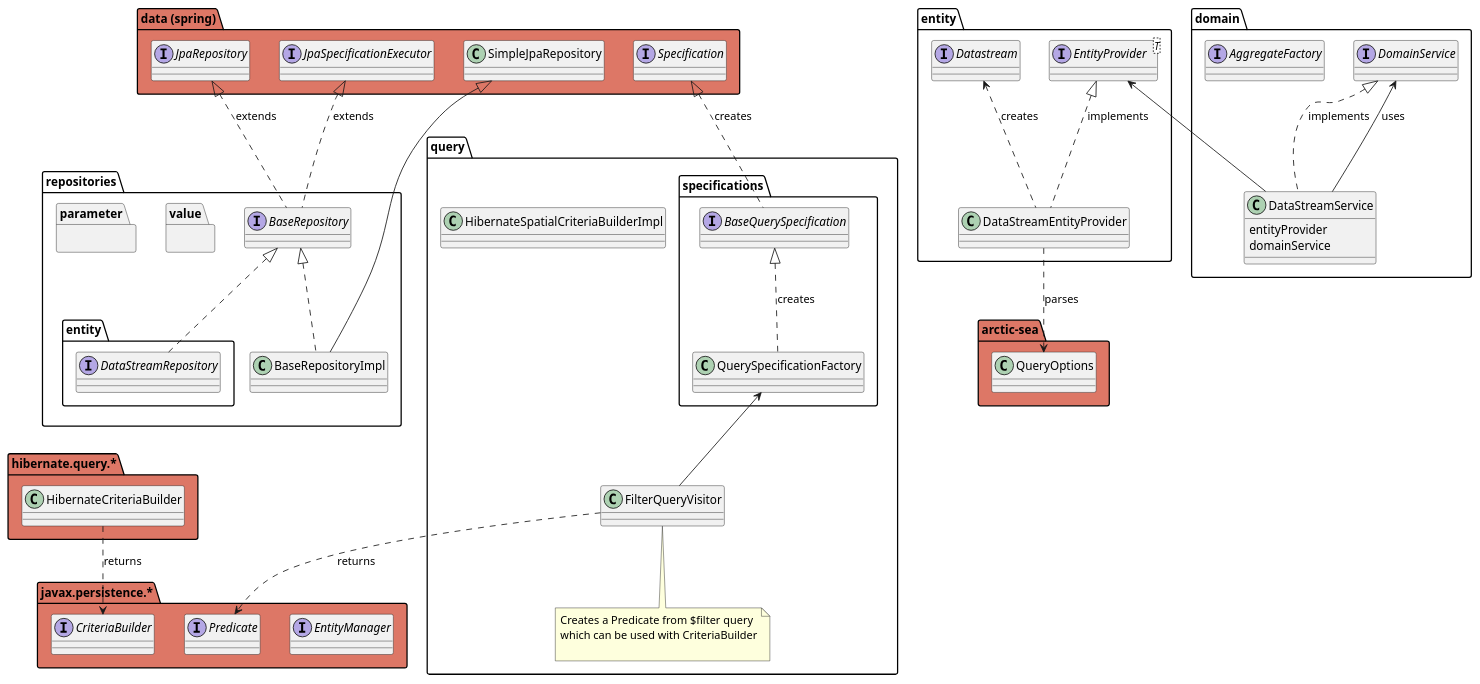
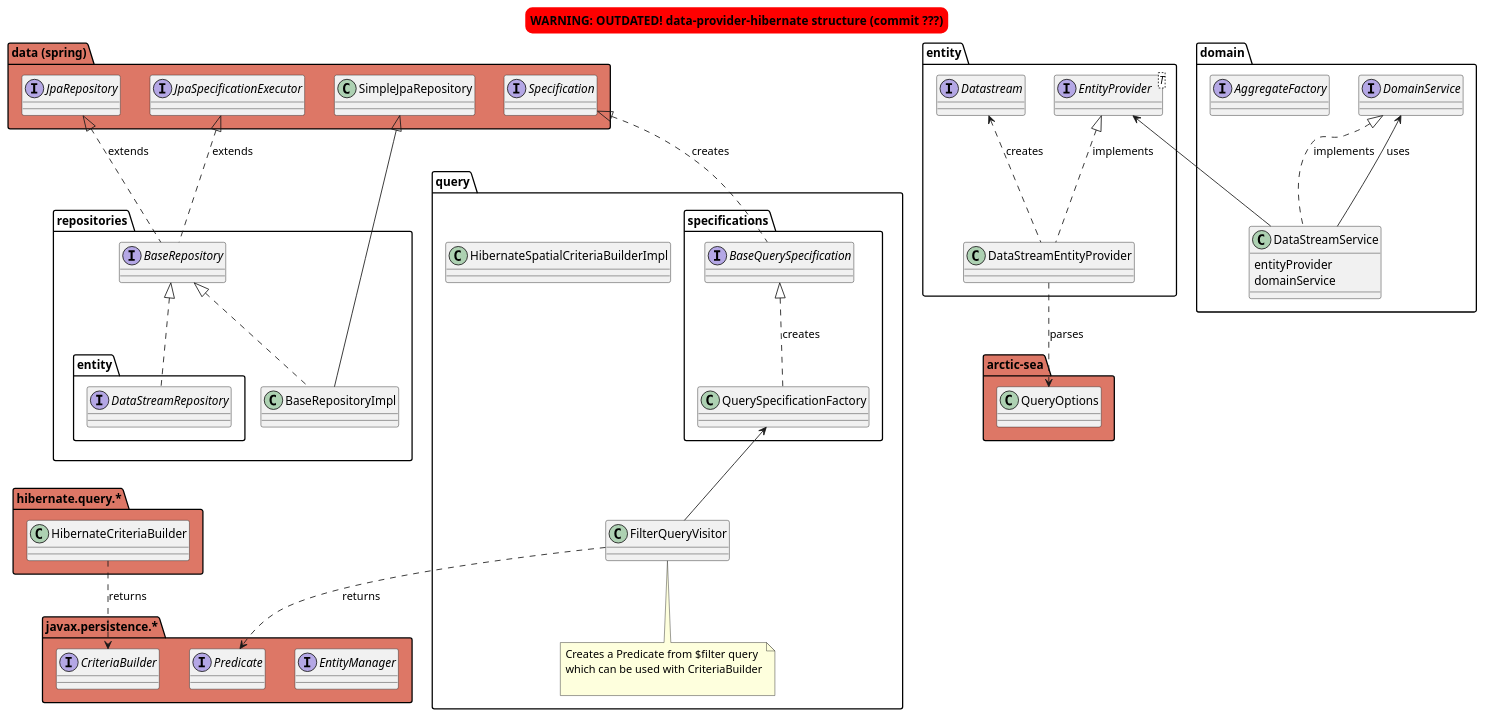
The diagram in docs/diagrams/dao-packages.puml (52North/sensorweb-server-sta), drawn with PlantUML before and after one commit. The commit also changed 4 other files, not shown here.

Commit message:
[docs] update puml diagrams

```diff
--- a/docs/diagrams/dao-packages.puml
+++ b/docs/diagrams/dao-packages.puml
@@ -1,96 +1,102 @@
-@startuml 52n SensorThings API, DAO Packages
+@startuml 52n SensorThings API
+
+skinparam titleBorderRoundCorner 15
+skinparam titleBorderThickness 2
+skinparam titleBorderColor red
+skinparam titleBackgroundColor red
+
+title WARNING: OUTDATED! data-provider-hibernate structure (commit ???)
+
 
 ' TODO review diagram
 
 package "javax.persistence.*" as javax_persistence #dd7766 {
     interface "EntityManager" as em
     interface "CriteriaBuilder" as criteria_builder
     interface "Predicate" as predicate
 }
 
 package "hibernate.query.*" as hibernate_criterion #dd7766 {
     class "HibernateCriteriaBuilder" as hibernate_criteria_builder
 }
 
 package "data (spring)" as spring_data #dd7766 {
     class "SimpleJpaRepository" as simple_jpa_repo
     interface "JpaRepository" as jpa_repo
     interface "Specification" as spring_spec
     interface "JpaSpecificationExecutor" as spec_executor
 
 }
 
 package "arctic-sea" as pkg_arcticsea #dd7766 {
     class "QueryOptions" as query_options
 }
 
 package query as pkg_query{
     package specifications as specs {
         class "QuerySpecificationFactory" as spec_factory
         interface "BaseQuerySpecification" as base_spec
 
     }
     class "HibernateSpatialCriteriaBuilderImpl" as spatial_criteria_builder
     class "FilterQueryVisitor" as visitor
     note bottom of visitor {
         Creates a Predicate from $filter query
         which can be used with CriteriaBuilder
         
     }
 }
 
 package repositories as pkg_repos_base {
     interface "BaseRepository" as base_repo
     class "BaseRepositoryImpl" as base_repo_impl
-    
-    package "value" as pkg_repos_values {}
-    package "parameter" as pkg_repos_params {}
+
     package "entity" as pkg_repos_entity {
         interface "DataStreamRepository" as datastream_repo 
     }
 }
 
 package entity as entity {
     interface "Datastream" as ds_entity
     interface "EntityProvider" as entity_provider <T>
     class "DataStreamEntityProvider" as ds_provider
 }
 
 package domain as domain {
     interface "DomainService" as domain_service
     interface "AggregateFactory" as aggregate_factory
     class "DataStreamService" as ds_service {
         entityProvider
         domainService
     }
     
 }
 
 domain_service <|.. ds_service : implements
 domain_service <-- ds_service : uses
 entity_provider <-- ds_service
 
 spring_spec <|.. base_spec : creates
 simple_jpa_repo <|-- base_repo_impl
 base_repo <|.. base_repo_impl
 base_repo <|.. datastream_repo
 
 base_spec <|.. spec_factory : creates
 spec_factory <-- visitor
 
 ds_entity <.. ds_provider  : creates
 entity_provider <|.. ds_provider : implements
 ds_provider ..> query_options : parses
 jpa_repo <|.. base_repo : extends
 spec_executor <|.. base_repo: extends
 
 'ds_provider --> repos : uses
 'ds_provider --> query : uses
 'query ..> specifications : creates
 'ds_provider --> spatial_criteria_builder : creates
 'spatial_criteria_builder --|> hibernate_criteria_builder
 
 hibernate_criteria_builder ..> criteria_builder : returns
 visitor ..> predicate : returns
 
 @enduml
```
